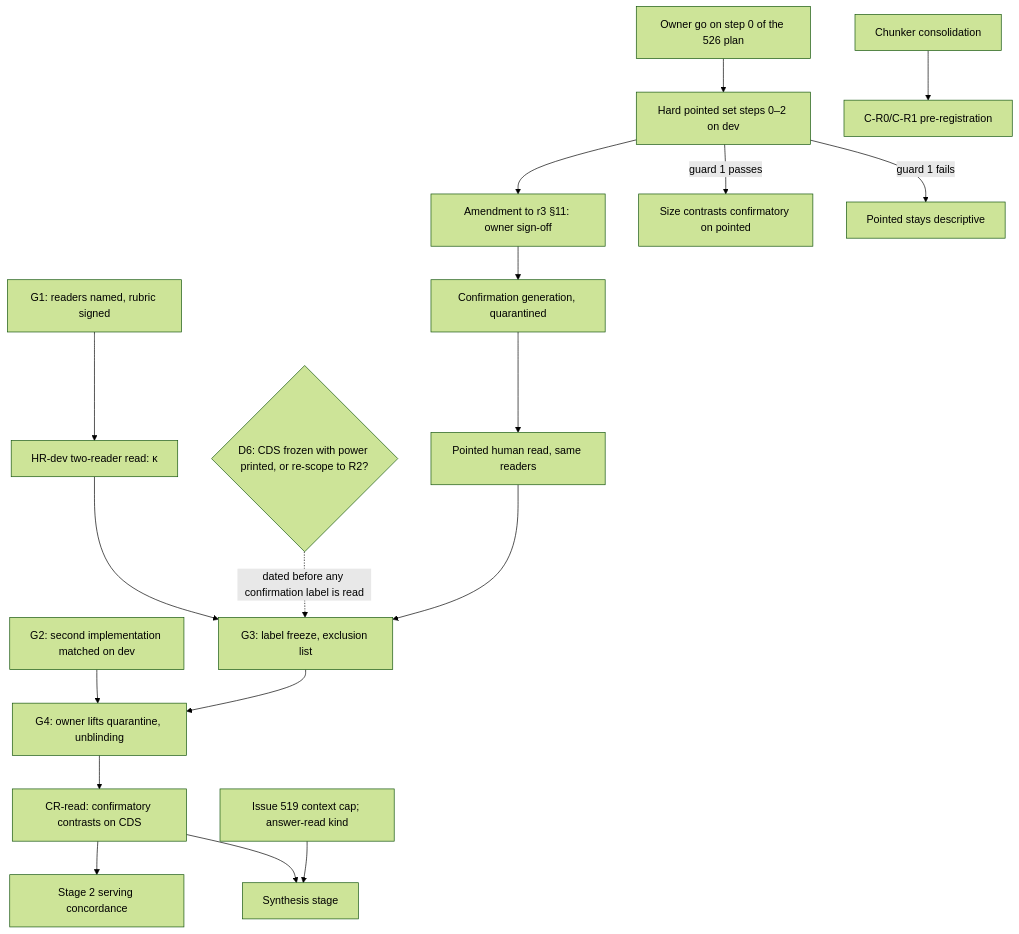
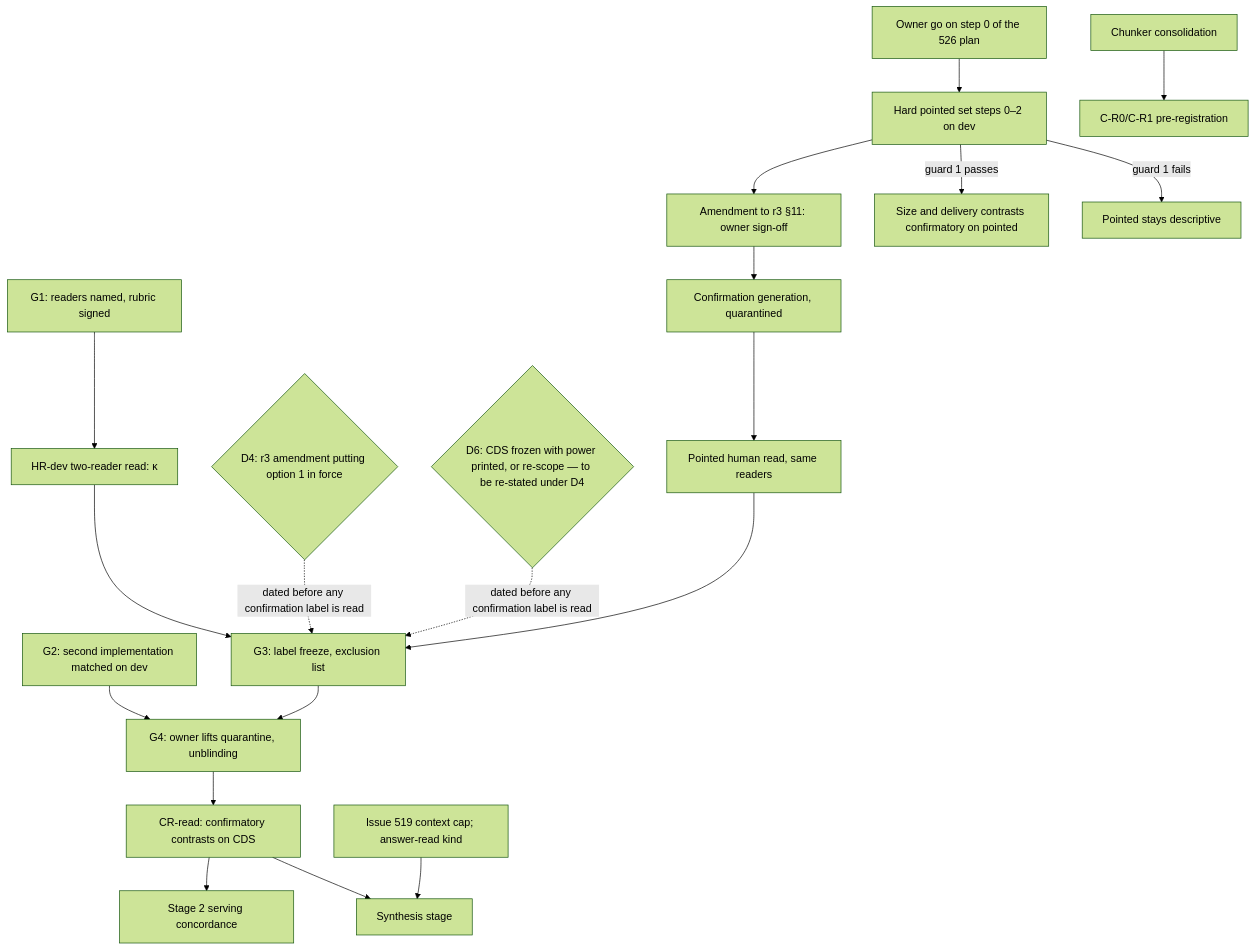
Before and after one commit to wilke/ragstack: the diagram in docs/plans/chunking-study-plan.md, drawn with Mermaid (forest theme). The commit also changed other lines of this file, not shown here.

First line of the commit message:
docs(plans): study plan — D4 = option 1 (owner, 2026-10-10), D5 with it, D15 leaning both (#724)

````diff
--- a/docs/plans/chunking-study-plan.md
+++ b/docs/plans/chunking-study-plan.md
@@ -345,20 +352,21 @@
 ```mermaid
 flowchart TD
   GATE1[G1: readers named, rubric signed] --> HR[HR-dev two-reader read: κ]
   HR --> FZ[G3: label freeze, exclusion list]
   G2[G2: second implementation matched on dev] --> UB
   FZ --> UB[G4: owner lifts quarantine, unblinding]
-  D6{D6: CDS frozen with power printed, or re-scope to R2?} -. "dated before any confirmation label is read" .-> FZ
+  D4A{D4: r3 amendment putting option 1 in force} -. "dated before any confirmation label is read" .-> FZ
+  D6{D6: CDS frozen with power printed, or re-scope — to be re-stated under D4} -. "dated before any confirmation label is read" .-> FZ
   UB --> CR[CR-read: confirmatory contrasts on CDS]
   CR --> ST2[Stage 2 serving concordance]
   HPS0[Owner go on step 0 of the 526 plan] --> HPS[Hard pointed set steps 0–2 on dev]
   HPS --> AM[Amendment to r3 §11: owner sign-off]
   AM --> HPS4[Confirmation generation, quarantined]
   HPS4 --> HRp[Pointed human read, same readers]
   HRp --> FZ
-  HPS -->|guard 1 passes| SIZE[Size contrasts confirmatory on pointed]
+  HPS -->|guard 1 passes| SIZE[Size and delivery contrasts confirmatory on pointed]
   HPS -->|guard 1 fails| DESC[Pointed stays descriptive]
   CONS[Chunker consolidation] --> NEW[C-R0/C-R1 pre-registration]
   CR --> SYN[Synthesis stage]
   I519[Issue 519 context cap; answer-read kind] --> SYN
 ```
````
